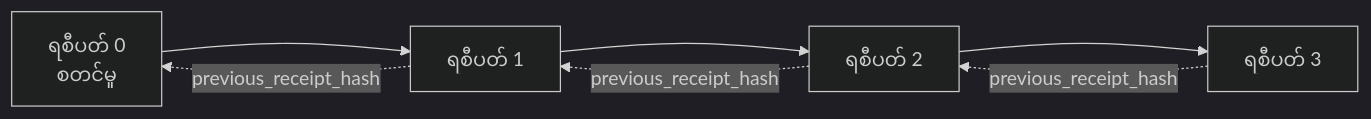
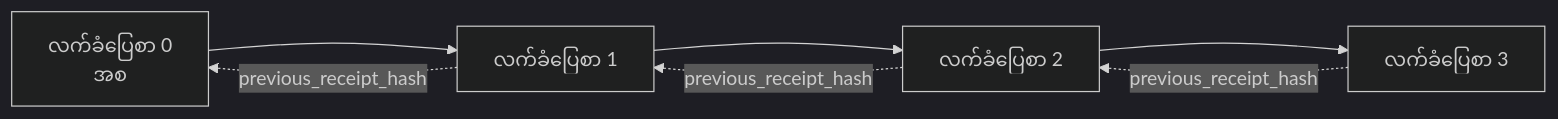
The second of 2 diagrams in translations/my/18-securing-ai-agents/README.md (microsoft/ai-agents-for-beginners), drawn with Mermaid (dark theme) before and after one commit. The commit also changed other lines of this file and 225 other files, not shown here.

````diff
--- a/translations/my/18-securing-ai-agents/README.md
+++ b/translations/my/18-securing-ai-agents/README.md
@@ -206,9 +206,9 @@
 ```mermaid
 flowchart LR
-    R0[ရစီပတ် 0<br/>စတင်မှု] --> R1[ရစီပတ် 1]
-    R1 --> R2[ရစီပတ် 2]
-    R2 --> R3[ရစီပတ် 3]
+    R0[လက်ခံပြေစာ 0<br/>အစ] --> R1[လက်ခံပြေစာ 1]
+    R1 --> R2[လက်ခံပြေစာ 2]
+    R2 --> R3[လက်ခံပြေစာ 3]
     R1 -. previous_receipt_hash .-> R0
     R2 -. previous_receipt_hash .-> R1
     R3 -. previous_receipt_hash .-> R2
 ```
````
